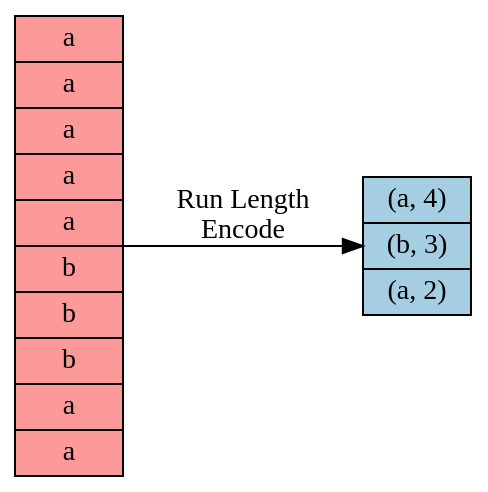
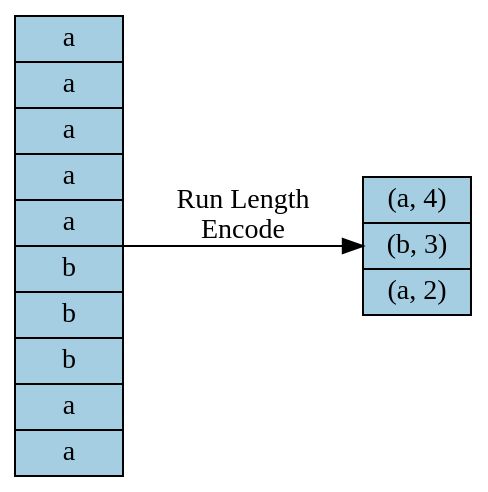
Before and after one commit to wmedrano/wills-columnar-format: the first of 5 diagrams in wills-columnar-format.org, drawn with Graphviz. The commit also changed other lines of this file and 5 other files, not shown here.

```diff
--- a/wills-columnar-format.org
+++ b/wills-columnar-format.org
@@ -230,10 +267,10 @@
 #+begin_src dot :file rle-good-example.png :exports results :cache yes
   digraph RleGoodExample {
       bgcolor="transparent";
       node[colorscheme=paired10, fillcolor=1, color=black, style=filled, shape=record, fontname="fira code"];
       rankdir=LR;
-      norle[label="a|a|a|a|a|b|b|b|a|a", fillcolor=5];
+      norle[label="a|a|a|a|a|b|b|b|a|a"];
       rle[label="(a, 4)|(b, 3)|(a, 2)"];
       norle -> rle[label="Run Length\nEncode"];
   }
 #+end_src
```
